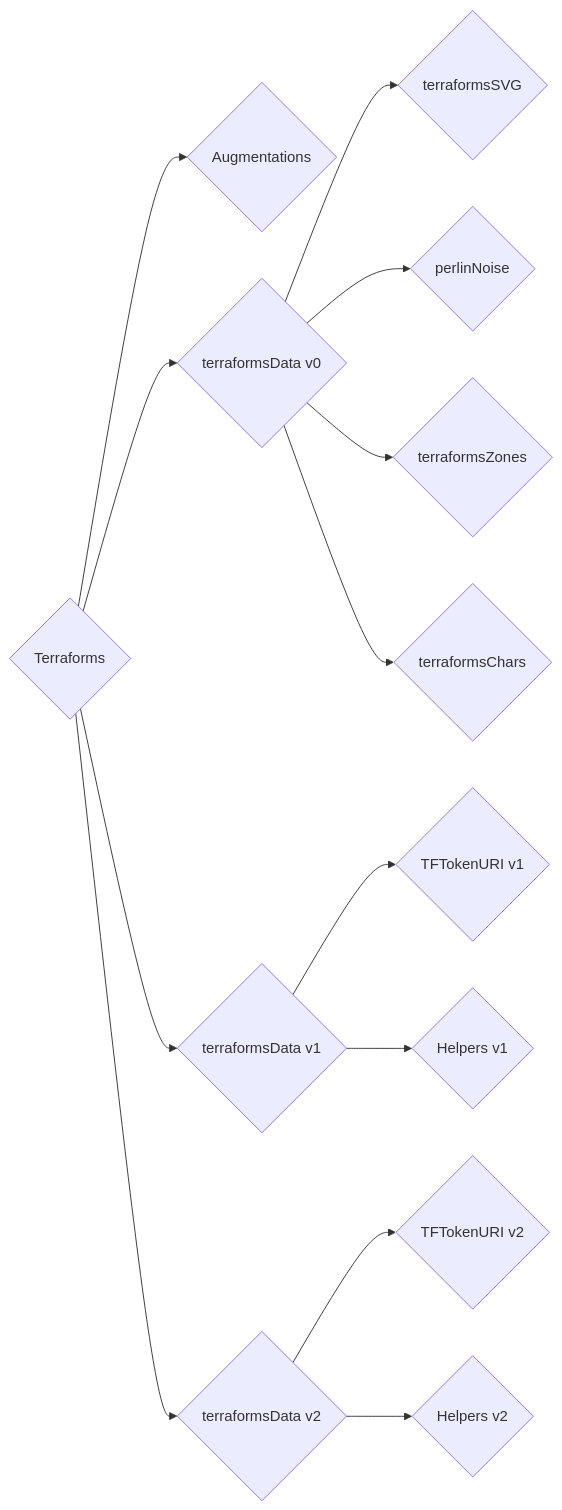
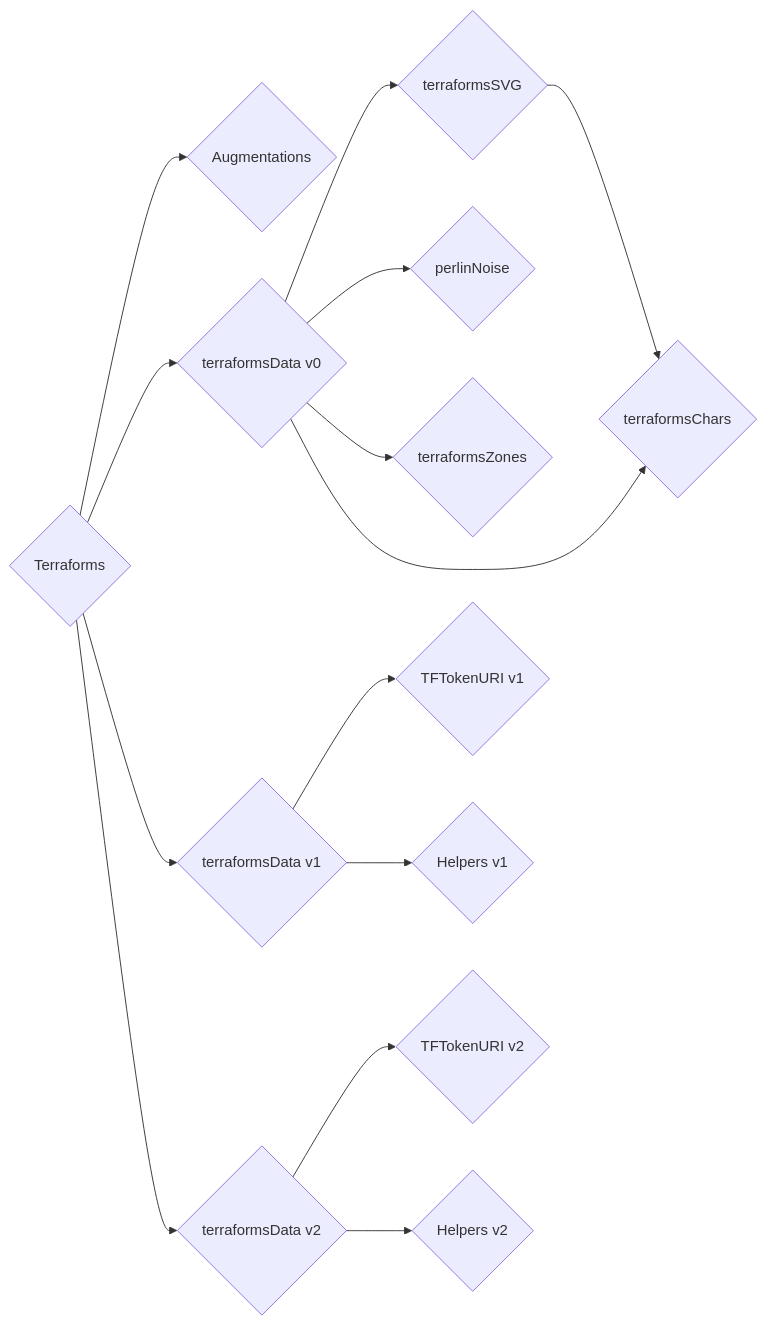
Before and after one commit to thebadcc/terraform-docs: the first of 2 diagrams in contracts/Terraforms.md, drawn with Mermaid.

````diff
--- a/contracts/Terraforms.md
+++ b/contracts/Terraforms.md
@@ -22,15 +22,16 @@
 ```mermaid
 graph LR
     A{Terraforms} --> B{Augmentations}
     A --> C{terraformsData v0}
     A --> D{terraformsData v1}
     A --> E{terraformsData v2}
     C --> F{terraformsSVG}
     C --> G{perlinNoise}
     C --> H{terraformsZones}
     C --> I{terraformsChars}
     D --> J{TFTokenURI v1}
     D --> K{Helpers v1}
     E --> L{TFTokenURI v2}
     E --> M{Helpers v2}
+    F --> I
 ```
````
